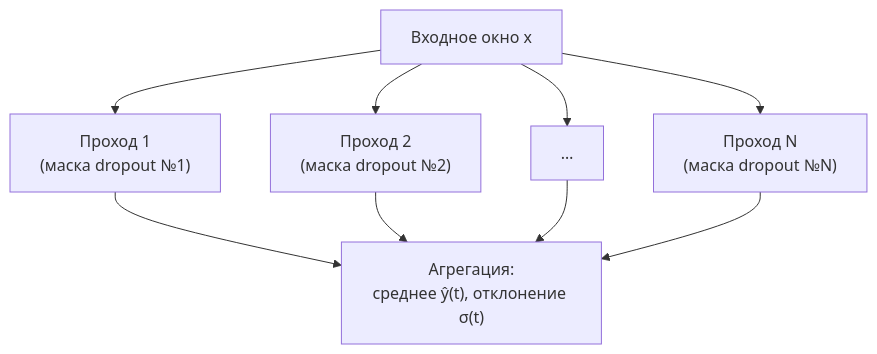
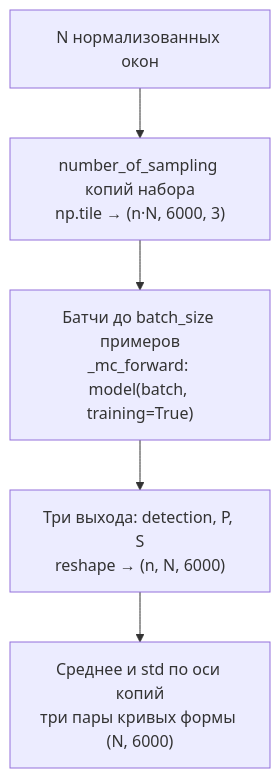
The fourth of 11 diagrams in docs/doc-technical.md (ruhose73/FastEQT), drawn with Mermaid before and after one commit. The commit also changed other lines of this file, not shown here.

````diff
--- a/docs/doc-technical.md
+++ b/docs/doc-technical.md
@@ -174,11 +282,7 @@
 ```mermaid
 flowchart TD
-    X["Входное окно x"] --> P1["Проход 1<br/>(маска dropout №1)"]
-    X --> P2["Проход 2<br/>(маска dropout №2)"]
-    X --> P3["…"]
-    X --> PN["Проход N<br/>(маска dropout №N)"]
-    P1 --> Agg["Агрегация:<br/>среднее ŷ(t), отклонение σ(t)"]
-    P2 --> Agg
-    P3 --> Agg
-    PN --> Agg
+    X["N нормализованных окон"] --> T["number_of_sampling копий набора<br/>np.tile → (n·N, 6000, 3)"]
+    T --> B["Батчи до batch_size примеров<br/>_mc_forward: model(batch, training=True)"]
+    B --> R["Три выхода: detection, P, S<br/>reshape → (n, N, 6000)"]
+    R --> Agg["Среднее и std по оси копий<br/>три пары кривых формы (N, 6000)"]
 ```
````
